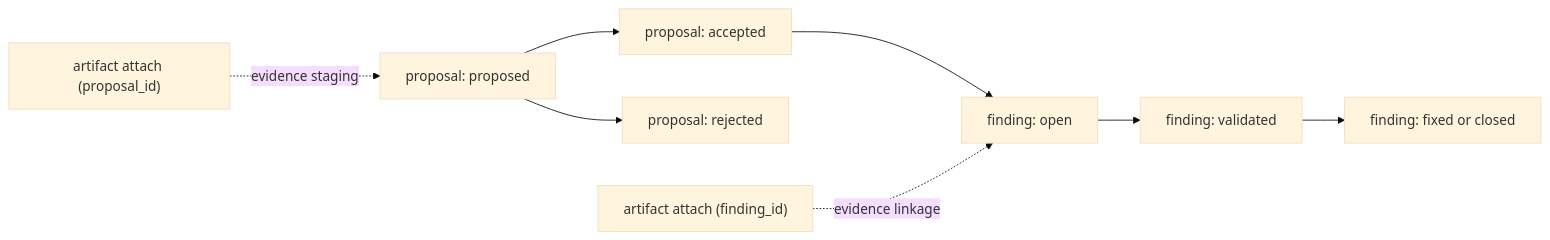
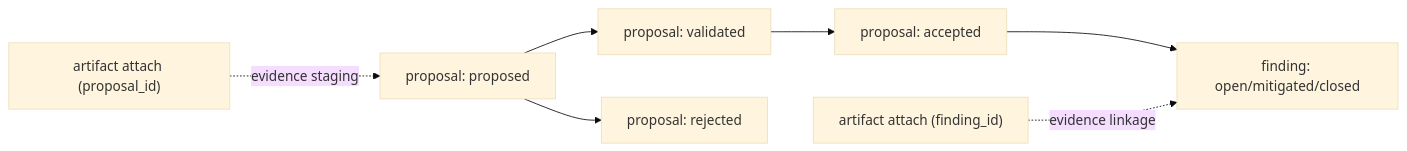
One commit to mkdirtim/FERR changed the second of 4 diagrams in project-openhack.md. Above: the diagram before and after it, drawn with Mermaid (base theme). The commit also changed other lines of this file and 18 other files, not shown here.

````diff
--- a/project-openhack.md
+++ b/project-openhack.md
@@ -66,10 +65,9 @@
 ```mermaid
 flowchart LR
-  prop["proposal: proposed"] --> acc["proposal: accepted"]
+  prop["proposal: proposed"] --> val["proposal: validated"]
   prop --> rej["proposal: rejected"]
-  acc --> open["finding: open"]
-  open --> val["finding: validated"]
-  val --> fix["finding: fixed or closed"]
+  val --> acc["proposal: accepted"]
+  acc --> open["finding: open/mitigated/closed"]
   artp["artifact attach (proposal_id)"] -. "evidence staging" .-> prop
   artf["artifact attach (finding_id)"] -. "evidence linkage" .-> open
 ```
````
